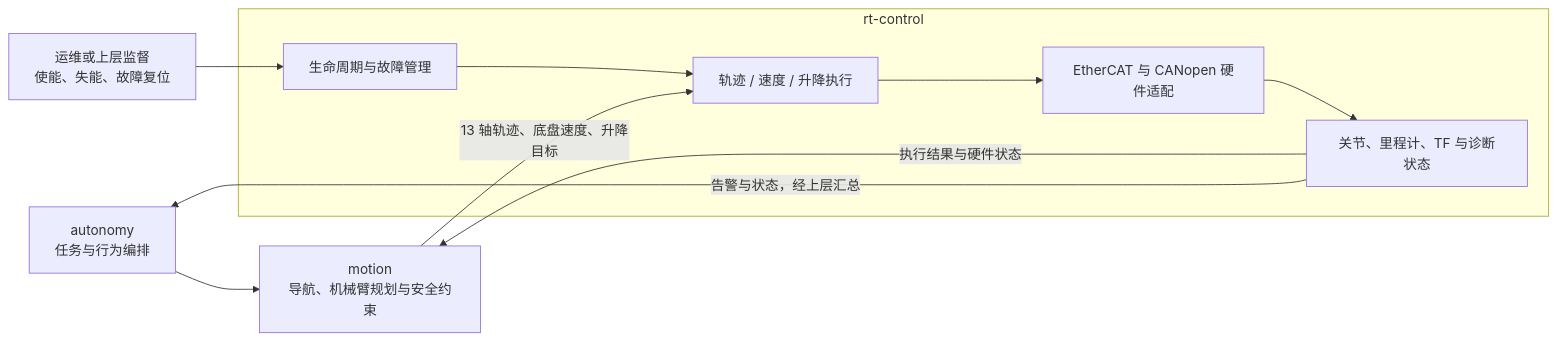
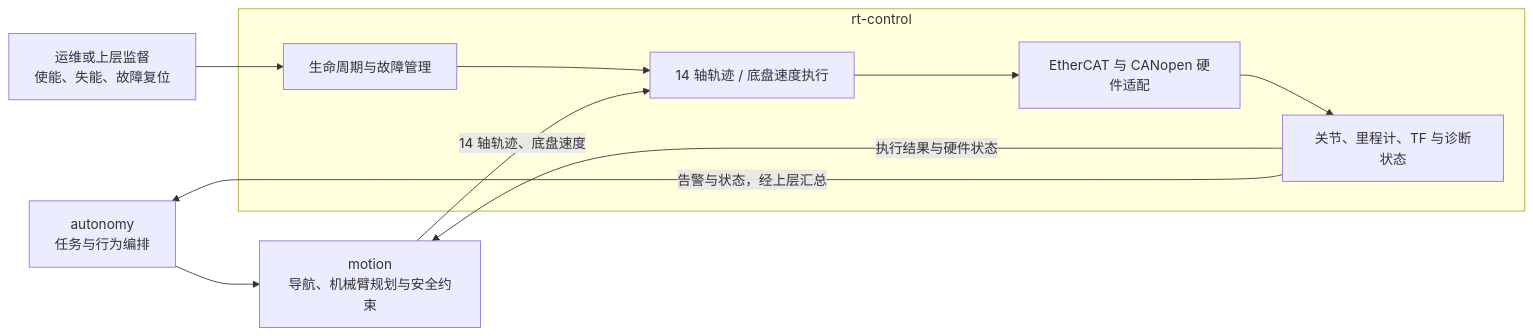
The first of 4 diagrams in domains/rt_control/docs/onboarding-knowledge-map.md (SevenovaHangzhou/robot_driver), drawn with Mermaid before and after one commit. The commit also changed other lines of this file and 35 other files, not shown here.

````diff
--- a/domains/rt_control/docs/onboarding-knowledge-map.md
+++ b/domains/rt_control/docs/onboarding-knowledge-map.md
@@ -18,19 +18,19 @@
 ```mermaid
 flowchart LR
     A[autonomy<br/>任务与行为编排] --> M[motion<br/>导航、机械臂规划与安全约束]
     O[运维或上层监督<br/>使能、失能、故障复位] --> L
 
     subgraph RT[rt-control]
         L[生命周期与故障管理]
-        E[轨迹 / 速度 / 升降执行]
+        E[14 轴轨迹 / 底盘速度执行]
         H[EtherCAT 与 CANopen 硬件适配]
         S[关节、里程计、TF 与诊断状态]
         L --> E
         E --> H
         H --> S
     end
 
-    M -->|13 轴轨迹、底盘速度、升降目标| E
+    M -->|14 轴轨迹、底盘速度| E
     S -->|执行结果与硬件状态| M
     S -->|告警与状态，经上层汇总| A
 ```
````
